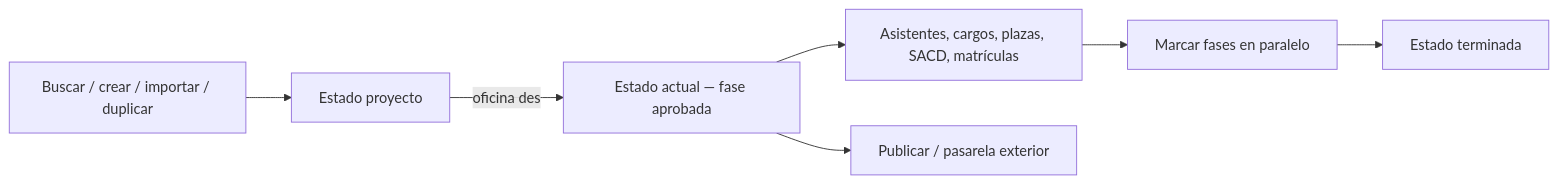
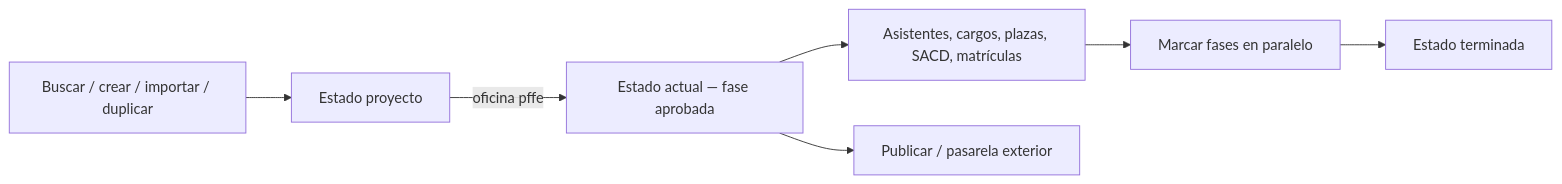
The sixth of 11 diagrams in docs/dev/supervision_modulos_menus_procesos.md (olvidio/orbix), drawn with Mermaid before and after one commit. The commit also changed other lines of this file and 401 other files, not shown here.

First line of the commit message:
refactor: la sigla de la oficina dre / des pasa a ser pffe

````diff
--- a/docs/dev/supervision_modulos_menus_procesos.md
+++ b/docs/dev/supervision_modulos_menus_procesos.md
@@ -225,9 +225,9 @@
 ```mermaid
 flowchart LR
   Buscar[Buscar / crear / importar / duplicar] --> Proyecto[Estado proyecto]
-  Proyecto -->|oficina des| Actual[Estado actual — fase aprobada]
+  Proyecto -->|oficina pffe| Actual[Estado actual — fase aprobada]
   Actual --> Trabajo[Asistentes, cargos, plazas, SACD, matrículas]
   Trabajo --> Fases[Marcar fases en paralelo]
   Fases --> Cierre[Estado terminada]
   Actual --> Pub[Publicar / pasarela exterior]
 ```
````
